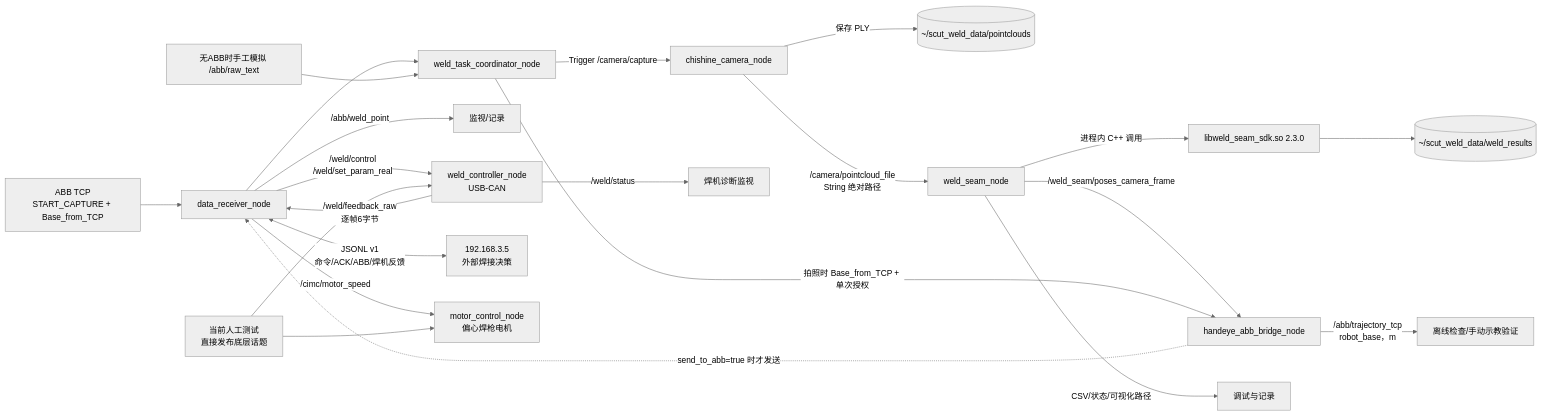
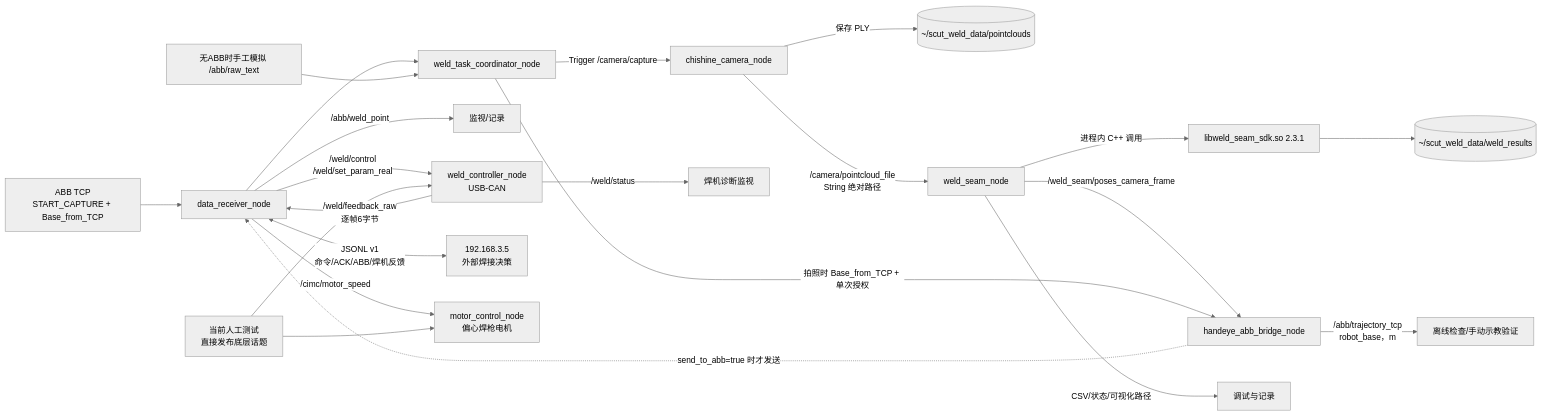
One commit to Luckme921/cimc changed the diagram in README.md. Above: the diagram before and after it, drawn with Mermaid (neutral theme). The commit also changed other lines of this file and 8 other files, not shown here.

````diff
--- a/README.md
+++ b/README.md
@@ -39,25 +39,25 @@
 ```mermaid
 flowchart LR
     ABB["ABB TCP\nSTART_CAPTURE + Base_from_TCP"] --> D["data_receiver_node"]
     D --> Q["weld_task_coordinator_node"]
     SIM["无ABB时手工模拟 /abb/raw_text"] --> Q
     Q -->|"Trigger /camera/capture"| C["chishine_camera_node"]
     C -->|"保存 PLY"| P[("~/scut_weld_data/pointclouds")]
     C -->|"/camera/pointcloud_file\nString 绝对路径"| S["weld_seam_node"]
-    S -->|"进程内 C++ 调用"| SDK["libweld_seam_sdk.so 2.3.0"]
+    S -->|"进程内 C++ 调用"| SDK["libweld_seam_sdk.so 2.3.1"]
     SDK --> R[("~/scut_weld_data/weld_results")]
     S -->|"/weld_seam/poses_camera_frame"| H["handeye_abb_bridge_node"]
     Q -->|"拍照时 Base_from_TCP + 单次授权"| H
     H -->|"/abb/trajectory_tcp\nrobot_base，m"| CHECK["离线检查/手动示教验证"]
     H -. "send_to_abb=true 时才发送" .-> D
     S -->|"CSV/状态/可视化路径"| V["调试与记录"]
 
     D -->|"/abb/weld_point"| MON["监视/记录"]
     W["weld_controller_node\nUSB-CAN"] -->|"/weld/status"| WMON["焊机诊断监视"]
     W -->|"/weld/feedback_raw\n逐帧6字节"| D
     D <-->|"JSONL v1\n命令/ACK/ABB/焊机反馈"| EXT["192.168.3.5\n外部焊接决策"]
     D -->|"/weld/control\n/weld/set_param_real"| W
     D -->|"/cimc/motor_speed"| M["motor_control_node\n偏心焊枪电机"]
     TSIM["当前人工测试\n直接发布底层话题"] --> W
     TSIM --> M
 ```
````
